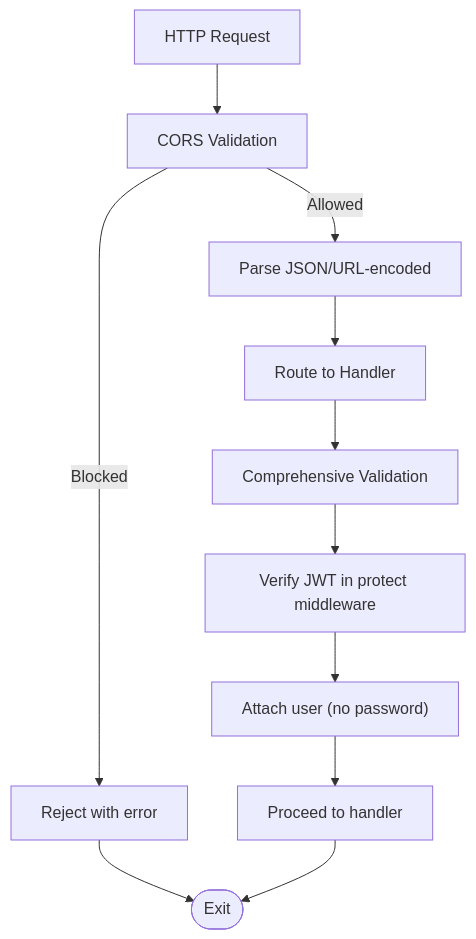
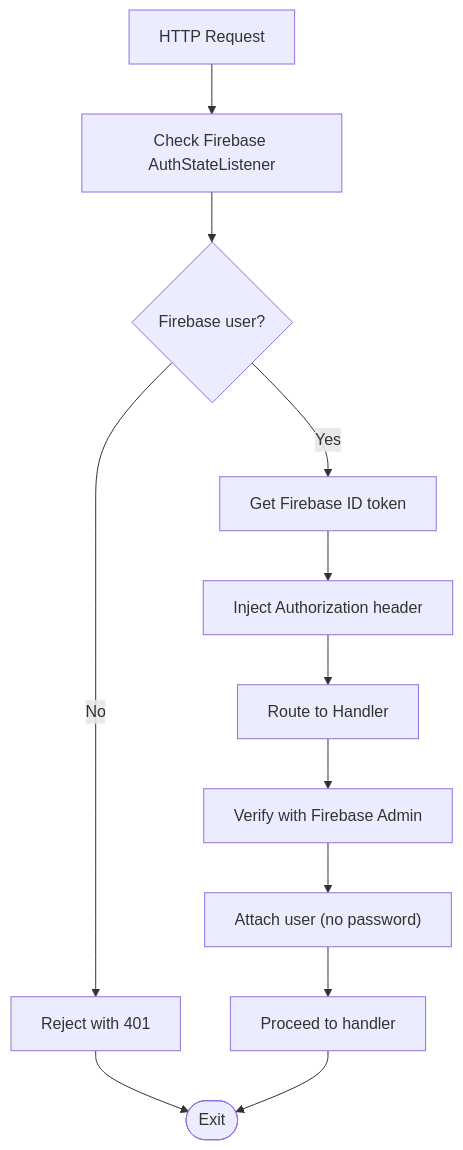
Before and after one commit to Pavan-PSPK9032/TrendsandToss: the seventh of 7 diagrams in .qoder/repowiki/en/content/Authentication & Authorization/Login & Registration Process.md, drawn with Mermaid. The commit also changed other lines of this file and 9 other files, not shown here.

````diff
--- a/.qoder/repowiki/en/content/Authentication & Authorization/Login & Registration Process.md
+++ b/.qoder/repowiki/en/content/Authentication & Authorization/Login & Registration Process.md
@@ -540,13 +328,14 @@
 ```mermaid
 flowchart TD
-Req["HTTP Request"] --> CORS["CORS Validation"]
-CORS --> |Allowed| Parse["Parse JSON/URL-encoded"]
-CORS --> |Blocked| Deny["Reject with error"]
-Parse --> Route["Route to Handler"]
-Route --> Validate["Comprehensive Validation"]
-Validate --> JWT["Verify JWT in protect middleware"]
-JWT --> Attach["Attach user (no password)"]
-Attach --> Next["Proceed to handler"]
+Req["HTTP Request"] --> CheckAuth["Check Firebase AuthStateListener"]
+CheckAuth --> HasToken{"Firebase user?"}
+HasToken --> |Yes| GetToken["Get Firebase ID token"]
+GetToken --> InjectToken["Inject Authorization header"]
+HasToken --> |No| Deny["Reject with 401"]
+InjectToken --> Route["Route to Handler"]
+Route --> VerifyToken["Verify with Firebase Admin"]
+VerifyToken --> AttachUser["Attach user (no password)"]
+AttachUser --> Next["Proceed to handler"]
 Deny --> End(["Exit"])
 Next --> End
 ```
````
